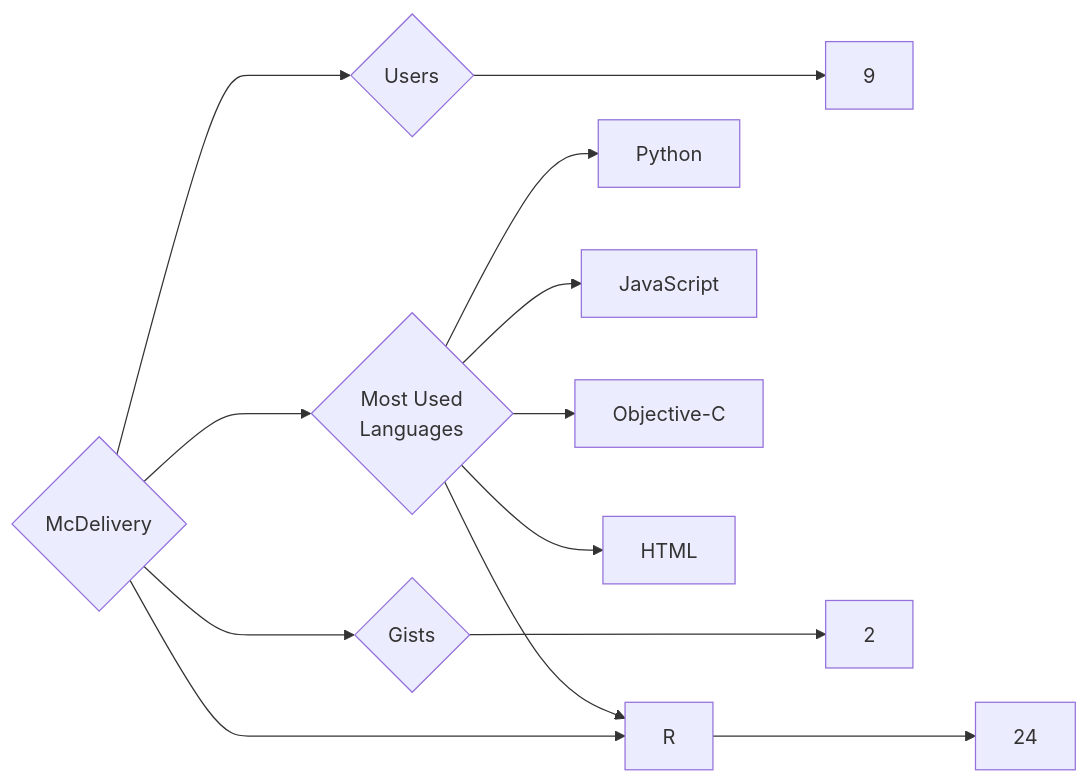
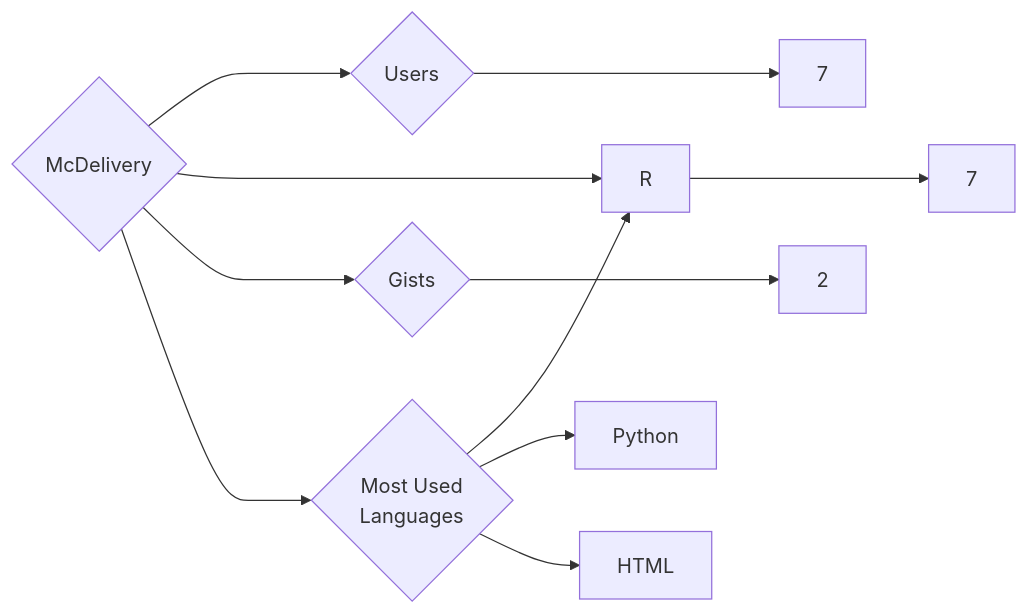
One commit to trickest/insiders changed the diagram in targets/McDelivery/README.md. Above: the diagram before and after it, drawn with Mermaid. The commit also changed 1484 other files, not shown here.

````diff
--- a/targets/McDelivery/README.md
+++ b/targets/McDelivery/README.md
@@ -3,13 +3,11 @@
 ```mermaid
 graph LR
 COMPANY_NAME{McDelivery}
-COMPANY_NAME ---> U{Users} ---> UN[9]
-COMPANY_NAME ---> R{Repositories} ---> RN[24]
+COMPANY_NAME ---> U{Users} ---> UN[7]
+COMPANY_NAME ---> R{Repositories} ---> RN[7]
 COMPANY_NAME ---> G{Gists} ---> GN[2]
 COMPANY_NAME ---> ML{Most Used<br>Languages}
+ML --> R[R]
 ML --> Python[Python]
-ML --> R[R]
-ML --> JavaScript[JavaScript]
-ML --> Objective-C[Objective-C]
 ML --> HTML[HTML]
 ```
````
